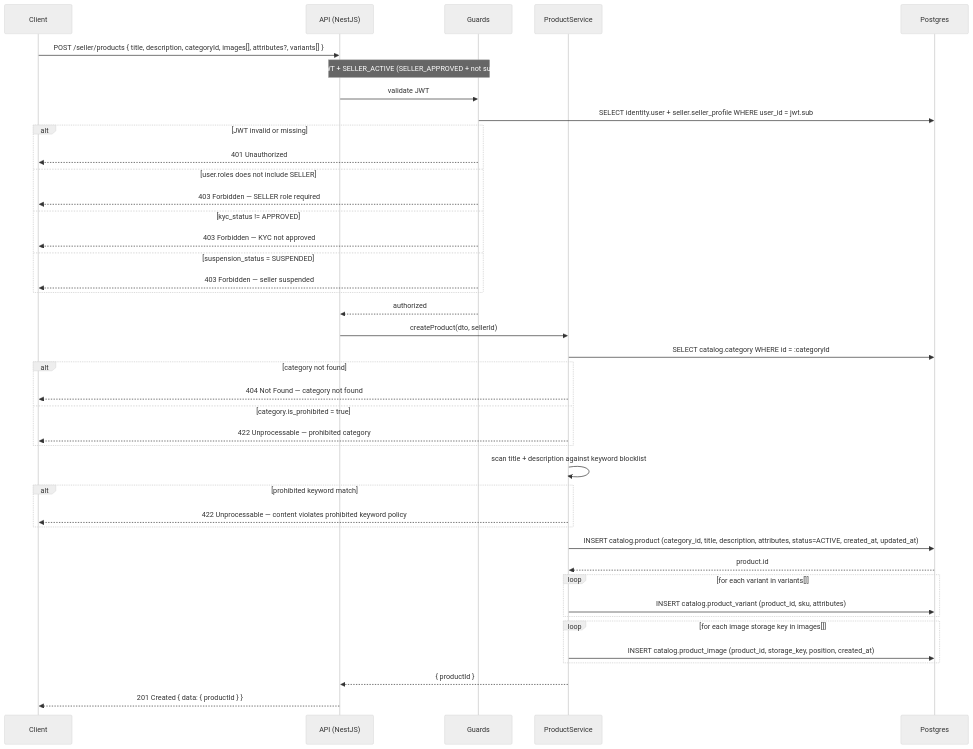
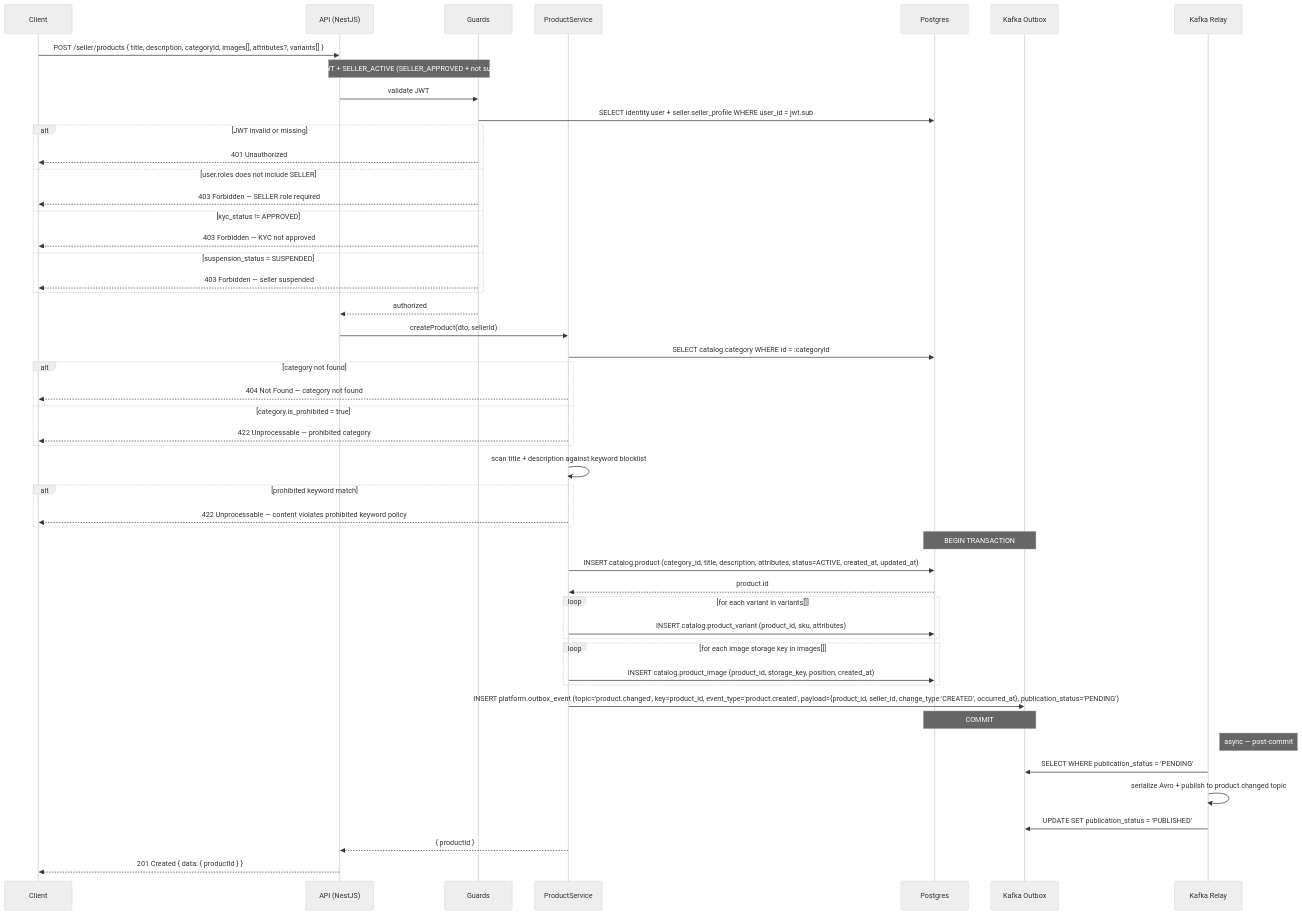
Diagram 17 of 21 in phase-1/technical-design/api-design/seller.md (alisa-uthi/aliceut-ecom-document), drawn with Mermaid (neutral theme) before and after one commit. The commit also changed other lines of this file and 35 other files, not shown here.

````diff
--- a/phase-1/technical-design/api-design/seller.md
+++ b/phase-1/technical-design/api-design/seller.md
@@ -1175,47 +1214,57 @@
 ```mermaid
 sequenceDiagram
     participant C as Client
     participant A as API (NestJS)
     participant G as Guards
     participant PS as ProductService
     participant P as Postgres
+    participant KO as Kafka Outbox
+    participant KR as Kafka Relay
 
     C->>A: POST /seller/products { title, description, categoryId, images[], attributes?, variants[] }
     Note over A,G: Guard: JWT + SELLER_ACTIVE (SELLER_APPROVED + not suspended)
     A->>G: validate JWT
     G->>P: SELECT identity.user + seller.seller_profile WHERE user_id = jwt.sub
     alt JWT invalid or missing
         G-->>C: 401 Unauthorized
     else user.roles does not include SELLER
         G-->>C: 403 Forbidden — SELLER role required
     else kyc_status != APPROVED
         G-->>C: 403 Forbidden — KYC not approved
     else suspension_status = SUSPENDED
         G-->>C: 403 Forbidden — seller suspended
     end
     G-->>A: authorized
 
     A->>PS: createProduct(dto, sellerId)
     PS->>P: SELECT catalog.category WHERE id = :categoryId
     alt category not found
         PS-->>C: 404 Not Found — category not found
     else category.is_prohibited = true
         PS-->>C: 422 Unprocessable — prohibited category
     end
     PS->>PS: scan title + description against keyword blocklist
     alt prohibited keyword match
         PS-->>C: 422 Unprocessable — content violates prohibited keyword policy
     end
 
+    Note over P,KO: BEGIN TRANSACTION
     PS->>P: INSERT catalog.product (category_id, title, description, attributes, status=ACTIVE, created_at, updated_at)
     P-->>PS: product.id
     loop for each variant in variants[]
         PS->>P: INSERT catalog.product_variant (product_id, sku, attributes)
     end
     loop for each image storage key in images[]
         PS->>P: INSERT catalog.product_image (product_id, storage_key, position, created_at)
     end
+    PS->>KO: INSERT platform.outbox_event (topic='product.changed', key=product_id, event_type='product.created', payload={product_id, seller_id, change_type:'CREATED', occurred_at}, publication_status='PENDING')
+    Note over P,KO: COMMIT
+
+    Note right of KR: async — post-commit
+    KR->>KO: SELECT WHERE publication_status = 'PENDING'
+    KR->>KR: serialize Avro + publish to product.changed topic
+    KR->>KO: UPDATE SET publication_status = 'PUBLISHED'
 
     PS-->>A: { productId }
     A-->>C: 201 Created { data: { productId } }
 ```
````
